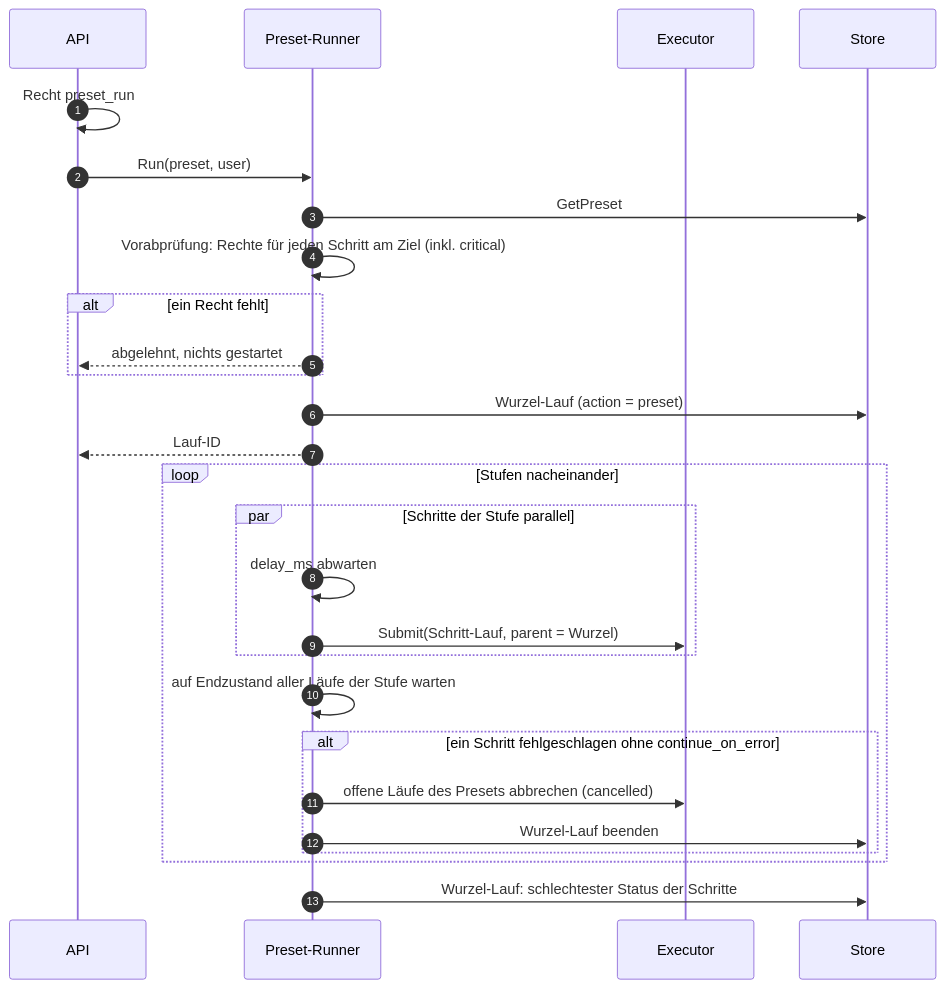
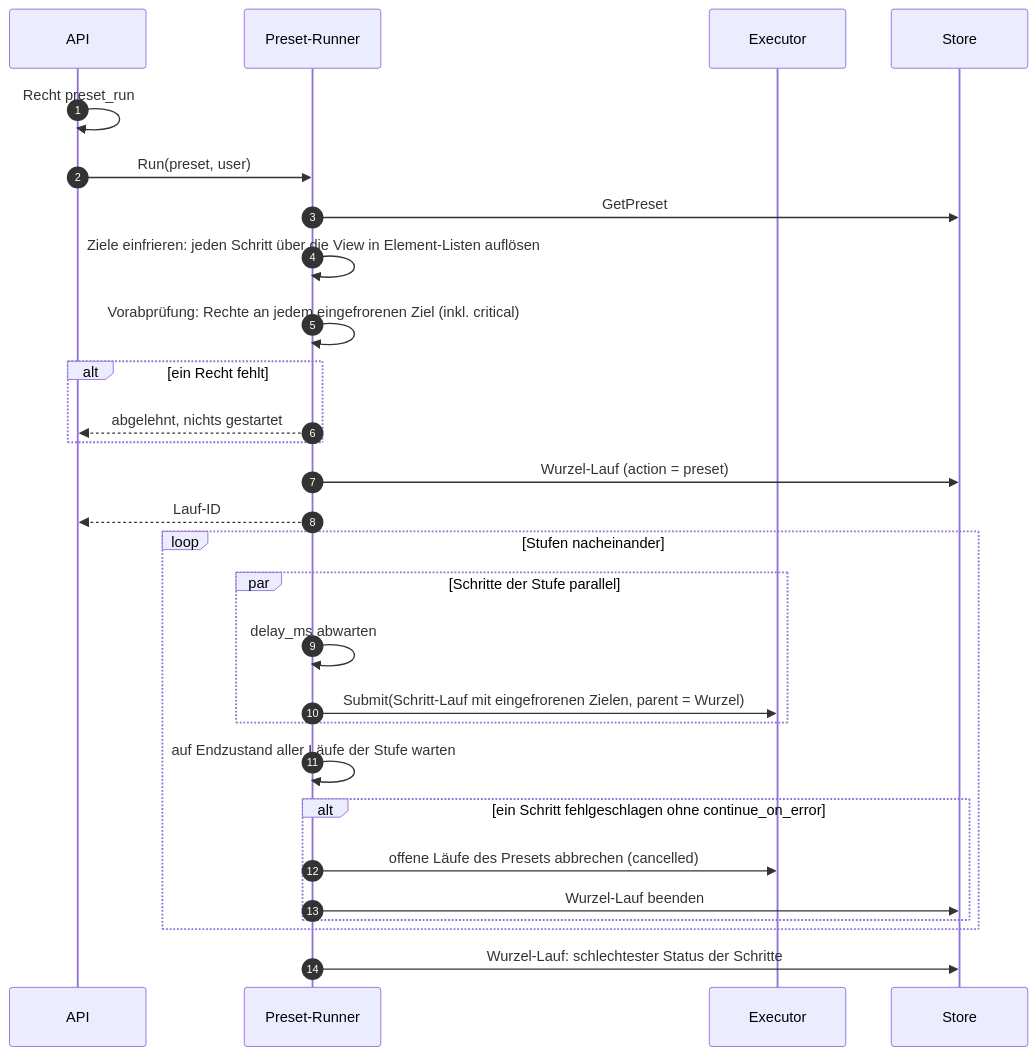
The sixth of 6 diagrams in docs/contracts/flows.md (lukirs95/monika), drawn with Mermaid before and after one commit. The commit also changed other lines of this file and 8 other files, not shown here.

First line of the commit message:
docs: apply architecture audit to contracts, API and status

````diff
--- a/docs/contracts/flows.md
+++ b/docs/contracts/flows.md
@@ -178,30 +199,31 @@
 ```mermaid
 sequenceDiagram
     autonumber
     participant A as API
     participant P as Preset-Runner
     participant X as Executor
     participant S as Store
 
     A->>A: Recht preset_run
     A->>P: Run(preset, user)
     P->>S: GetPreset
-    P->>P: Vorabprüfung: Rechte für jeden Schritt am Ziel (inkl. critical)
+    P->>P: Ziele einfrieren: jeden Schritt über die View in Element-Listen auflösen
+    P->>P: Vorabprüfung: Rechte an jedem eingefrorenen Ziel (inkl. critical)
     alt ein Recht fehlt
         P-->>A: abgelehnt, nichts gestartet
     end
     P->>S: Wurzel-Lauf (action = preset)
     P-->>A: Lauf-ID
     loop Stufen nacheinander
         par Schritte der Stufe parallel
             P->>P: delay_ms abwarten
-            P->>X: Submit(Schritt-Lauf, parent = Wurzel)
+            P->>X: Submit(Schritt-Lauf mit eingefrorenen Zielen, parent = Wurzel)
         end
         P->>P: auf Endzustand aller Läufe der Stufe warten
         alt ein Schritt fehlgeschlagen ohne continue_on_error
             P->>X: offene Läufe des Presets abbrechen (cancelled)
             P->>S: Wurzel-Lauf beenden
         end
     end
     P->>S: Wurzel-Lauf: schlechtester Status der Schritte
 ```
````
